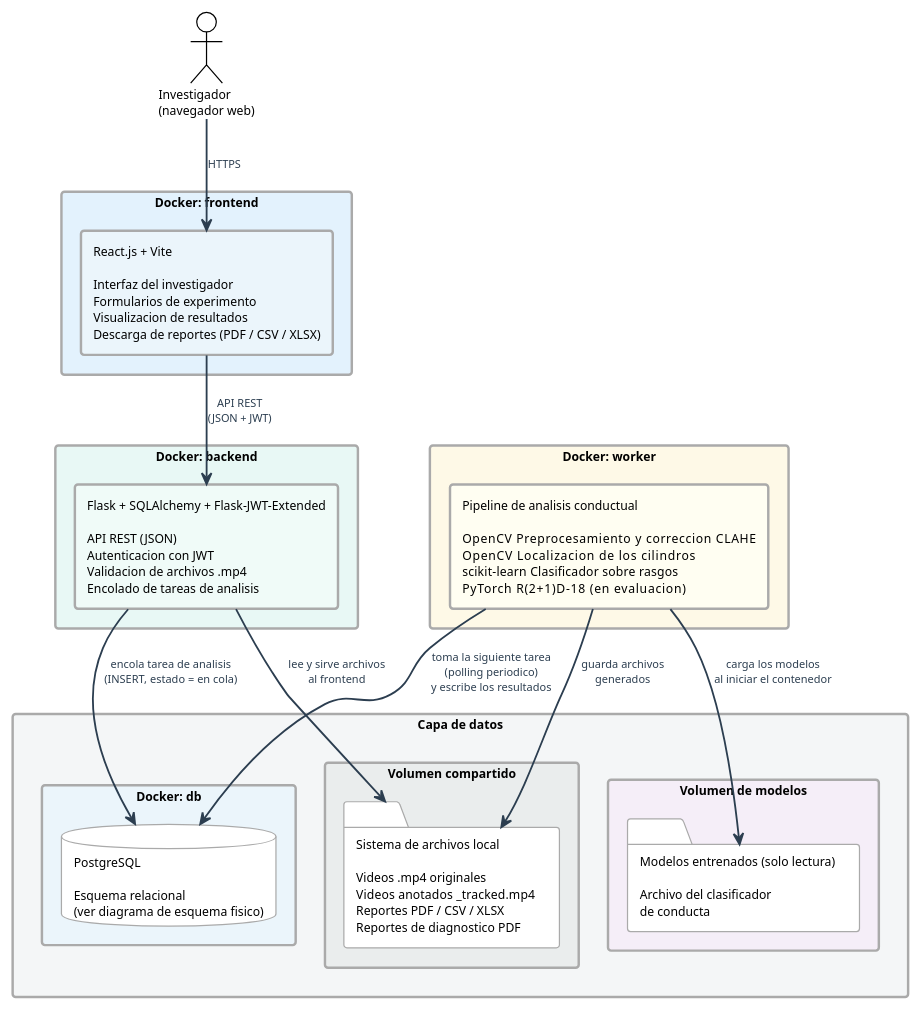
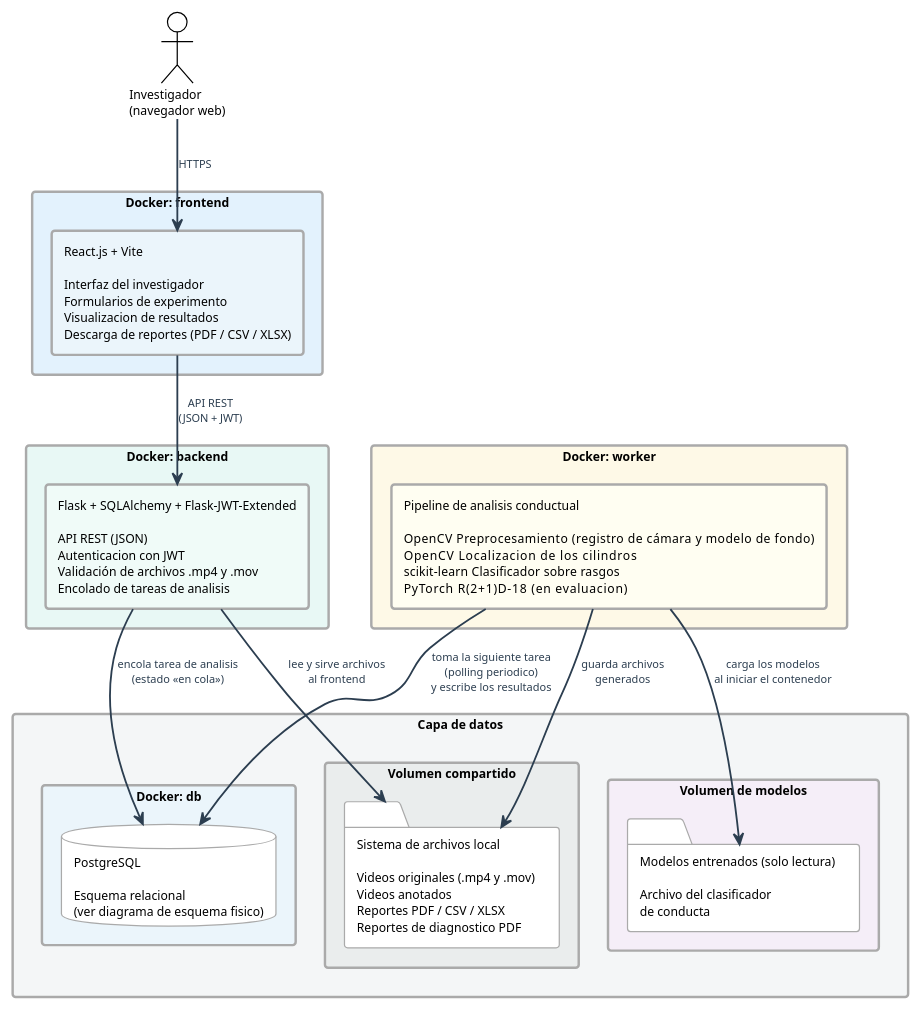
One commit to ErickJester/fst-ai-system-latex changed the diagram in diagramas/arquitectura_software.puml. Above: the diagram before and after it, drawn with PlantUML. The commit also changed 12 other files, not shown here.

```diff
--- a/diagramas/arquitectura_software.puml
+++ b/diagramas/arquitectura_software.puml
@@ -1,122 +1,122 @@
 @startuml arquitectura_software
 ' ============================================================
 '  Arquitectura de software por capas — FST
 '  TT 2026-B066 | ESCOM-IPN
 ' ------------------------------------------------------------
 '  Corrige dos cosas desactualizadas del diagrama viejo, con
 '  fuente en chapters/05_diseno.tex:26-49 (Arquitectura general):
 '
 '  - Quita el contenedor Redis y la cola de mensajes. El texto
 '    dice "tres capas... frontend, backend y base de datos. Un
 '    cuarto contenedor -el worker-" -- CUATRO contenedores, nunca
 '    cinco, y Redis no aparece en NINGUN capitulo (se buscó en los
 '    ocho .tex). El mecanismo real, confirmado también en CU-07
 '    (05_diseno.tex:1452) y en la tabla de trabajos (05_diseno.tex:
 '    1276), es polling: el backend inserta la tarea en la tabla de
 '    analisis con estado "en cola" (D-15) y el Worker la toma en su
 '    siguiente ciclo de polling -- sin cola de mensajes aparte.
 '
 '  - Agrega el volumen de modelos entrenados, que el diagrama viejo
 '    no tenia: "el archivo del clasificador de conducta reside en un
 '    volumen Docker dedicado que el worker monta al arrancar el
 '    contenedor" (05_diseno.tex:45-48) -- distinto del volumen
 '    compartido de videos/reportes, y de solo lectura para el Worker.
 '
 '  - 5-oct: el worker ya no usa YOLOv8, ByteTrack ni ResNet-18/50
 '    (CLA-02/CLA-03). El pipeline real (fst_auto) localiza los
 '    cilindros por sustraccion de fondo y clasifica con un modelo
 '    sobre rasgos (scikit-learn) o la R(2+1)D-18 (PyTorch); cual de
 '    los dos queda se decide en TT-II, por eso el volumen no nombra
 '    un archivo concreto.
 '
 '  - Quita la lista de las 12 tablas viejas (USUARIOS, EXPERIMENTOS,
 '    TRABAJOS, ANIMALES, SUJETOS, ROIS...) del contenedor de base de
 '    datos -- ya no existen (ver MIGRACION-DIAGRAMAS.md SS2). Se
 '    remite al diagrama de esquema físico en vez de repetir aquí las
 '    16 relaciones del modelo nuevo, para no duplicar mantenimiento
 '    entre dos diagramas.
 '
 '  Generar:
 '      java -jar plantuml.jar -tpng diagramas/arquitectura_software.puml
 ' ============================================================
 
 !theme plain
 skinparam defaultFontName Arial
 skinparam defaultFontSize 10
 skinparam shadowing false
 skinparam BackgroundColor White
 skinparam ArrowColor      #2C3E50
 skinparam ArrowThickness  1.5
 skinparam ArrowFontSize   9
 skinparam ArrowFontColor  #2C3E50
 skinparam RectangleBorderThickness 2
 skinparam RectangleBorderColor     #AAAAAA
 skinparam QueueBorderColor         #AAAAAA
 skinparam DatabaseBorderColor      #AAAAAA
 skinparam FolderBorderColor        #AAAAAA
 
 top to bottom direction
 
 ' ═══════════════════════════════════════════════════════════
 '  ACTOR
 ' ═══════════════════════════════════════════════════════════
 
 actor "Investigador\n(navegador web)" as INV
 
 ' ═══════════════════════════════════════════════════════════
 '  CAPA 1 — Presentacion
 ' ═══════════════════════════════════════════════════════════
 
 rectangle "Docker: frontend" as C_FE #E3F2FD {
   rectangle "React.js + Vite\n\nInterfaz del investigador\nFormularios de experimento\nVisualizacion de resultados\nDescarga de reportes (PDF / CSV / XLSX)" as FE #EBF5FB
 }
 
 ' ═══════════════════════════════════════════════════════════
 '  CAPA 2 — Logica de negocio
 ' ═══════════════════════════════════════════════════════════
 
 rectangle "Docker: backend" as C_BE #E8F8F5 {
-  rectangle "Flask + SQLAlchemy + Flask-JWT-Extended\n\nAPI REST (JSON)\nAutenticacion con JWT\nValidacion de archivos .mp4\nEncolado de tareas de analisis" as BE #F0FBF8
+  rectangle "Flask + SQLAlchemy + Flask-JWT-Extended\n\nAPI REST (JSON)\nAutenticacion con JWT\nValidación de archivos .mp4 y .mov\nEncolado de tareas de analisis" as BE #F0FBF8
 }
 
 ' ═══════════════════════════════════════════════════════════
 '  CAPA 3 — Procesamiento asincrono
 ' ═══════════════════════════════════════════════════════════
 
 rectangle "Docker: worker" as C_WK #FEF9E7 {
-  rectangle "Pipeline de analisis conductual\n\nOpenCV         Preprocesamiento y correccion CLAHE\nOpenCV         Localizacion de los cilindros\nscikit-learn   Clasificador sobre rasgos\nPyTorch        R(2+1)D-18 (en evaluacion)" as WK #FFFEF2
+  rectangle "Pipeline de analisis conductual\n\nOpenCV         Preprocesamiento (registro de cámara y modelo de fondo)\nOpenCV         Localizacion de los cilindros\nscikit-learn   Clasificador sobre rasgos\nPyTorch        R(2+1)D-18 (en evaluacion)" as WK #FFFEF2
 }
 
 ' ═══════════════════════════════════════════════════════════
 '  CAPA 4 — Datos (PostgreSQL · Archivos · Modelos entrenados)
 ' ═══════════════════════════════════════════════════════════
 
 rectangle "Capa de datos" as DATOS #F4F6F7 {
 
   rectangle "Docker: db" as C_DB #EBF5FB {
     database "PostgreSQL\n\nEsquema relacional\n(ver diagrama de esquema fisico)" as DB
   }
 
   rectangle "Volumen compartido" as C_FS #EAEDED {
-    folder "Sistema de archivos local\n\nVideos .mp4 originales\nVideos anotados  _tracked.mp4\nReportes PDF / CSV / XLSX\nReportes de diagnostico PDF" as FS
+    folder "Sistema de archivos local\n\nVideos originales (.mp4 y .mov)\nVideos anotados\nReportes PDF / CSV / XLSX\nReportes de diagnostico PDF" as FS
   }
 
   rectangle "Volumen de modelos" as C_MD #F5EEF8 {
     folder "Modelos entrenados (solo lectura)\n\nArchivo del clasificador\nde conducta" as MD
   }
 
 }
 
 ' ═══════════════════════════════════════════════════════════
 '  RELACIONES
 ' ═══════════════════════════════════════════════════════════
 
 INV  -down->  FE  : "HTTPS"
 FE   -down->  BE  : "API REST\n(JSON + JWT)"
-BE   -down->  DB  : "encola tarea de analisis\n(INSERT, estado = en cola)"
+BE   -down->  DB  : "encola tarea de analisis\n(estado «en cola»)"
 WK   -->      DB  : "toma la siguiente tarea\n(polling periodico)\ny escribe los resultados"
 WK   -->      FS  : "guarda archivos\ngenerados"
 BE   -->      FS  : "lee y sirve archivos\nal frontend"
 WK   -->      MD  : "carga los modelos\nal iniciar el contenedor"
 
 @enduml
```
